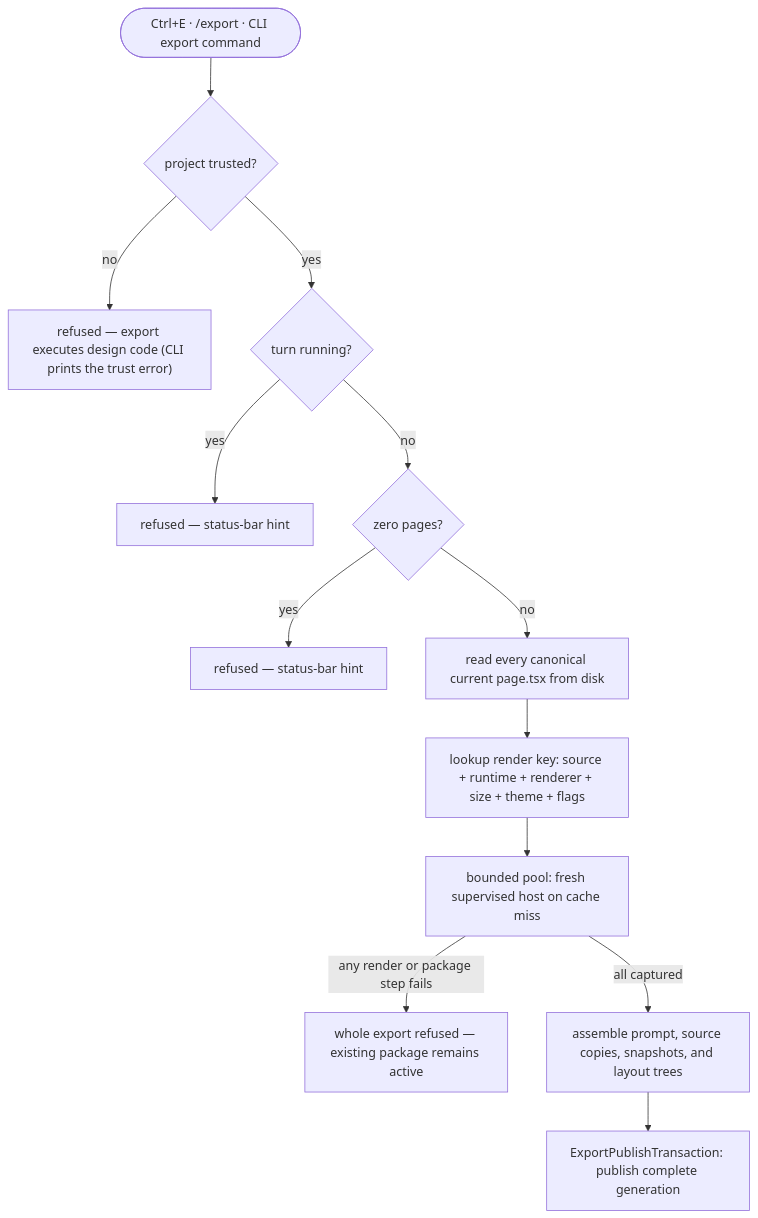
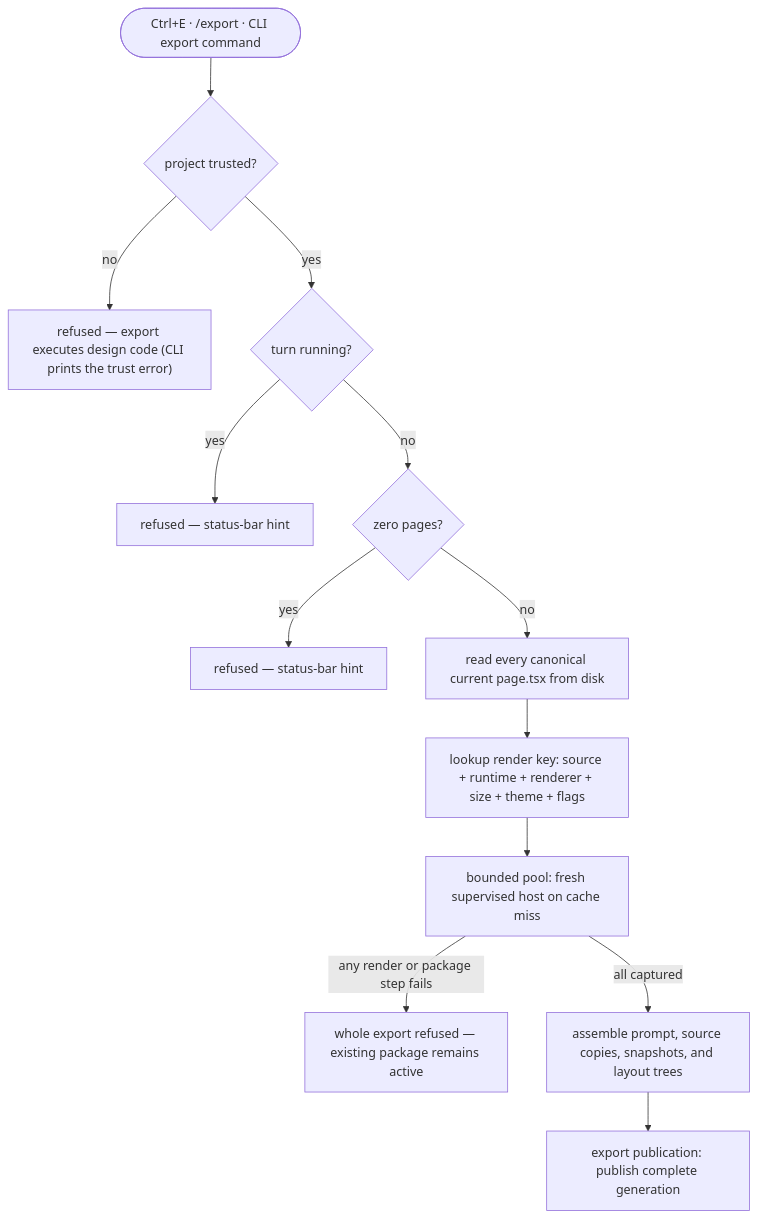
Before and after one commit to khmilevoi/termcraft: the diagram in docs/architecture/flows/export.md, drawn with Mermaid. The commit also changed other lines of this file and 12 other files, not shown here.

First line of the commit message:
docs(architecture): migrate Source anchors from specs to real source files

````diff
--- a/docs/architecture/flows/export.md
+++ b/docs/architecture/flows/export.md
@@ -3,15 +3,15 @@
 ```mermaid
 flowchart TD
     trigger(["Ctrl+E · /export · CLI export command"]) --> trust{"project trusted?"}
     trust -- "no" --> hint0["refused — export executes design code (CLI prints the trust error)"]
     trust -- "yes" --> busy{"turn running?"}
     busy -- "yes" --> hint1["refused — status-bar hint"]
     busy -- "no" --> empty{"zero pages?"}
     empty -- "yes" --> hint2["refused — status-bar hint"]
     empty -- "no" --> source["read every canonical current page.tsx from disk"]
     source --> cache["lookup render key: source + runtime + renderer + size + theme + flags"]
     cache --> snap["bounded pool: fresh supervised host on cache miss"]
     snap -- "any render or package step fails" --> fail["whole export refused — existing package remains active"]
     snap -- "all captured" --> assemble["assemble prompt, source copies, snapshots, and layout trees"]
-    assemble --> publish["ExportPublishTransaction: publish complete generation"]
+    assemble --> publish["export publication: publish complete generation"]
 ```
````
